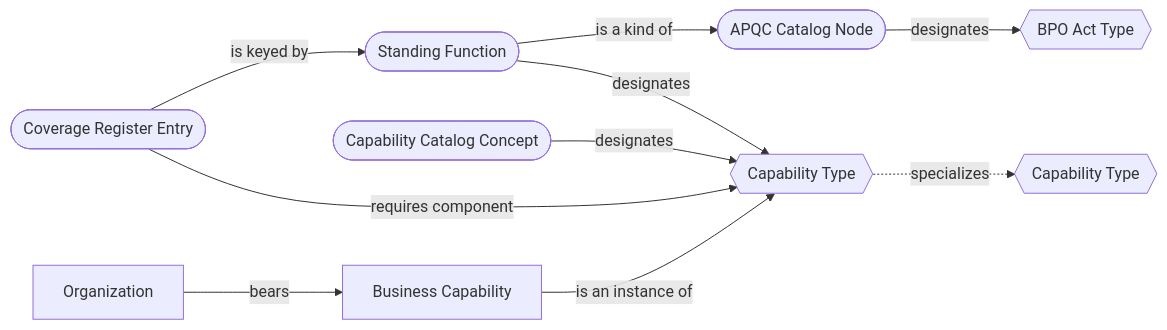
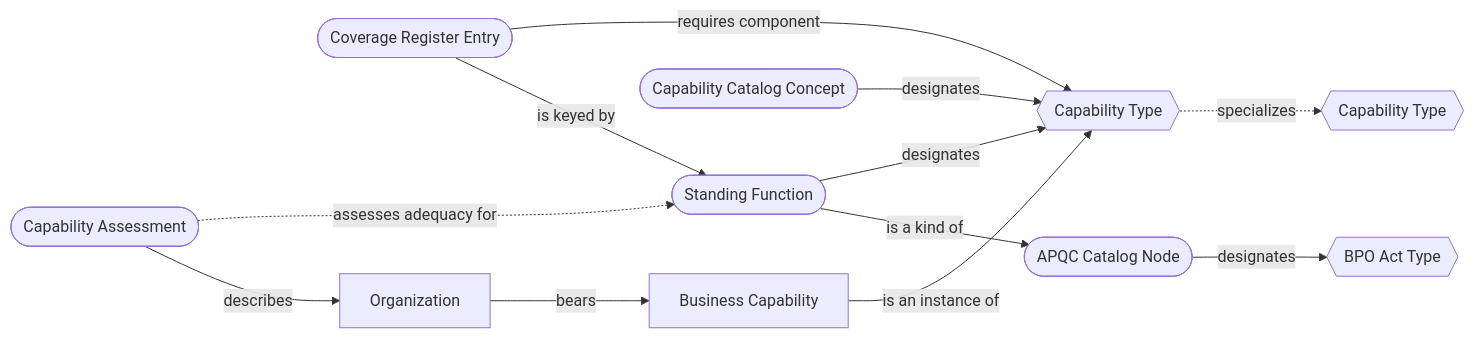
One commit to Skreen5hot/Business-and-Agent-Capabilities-Ontology changed the sixth of 6 diagrams in src/02_conceptual_models/CM-01-business-capability.md. Above: the diagram before and after it, drawn with Mermaid. The commit also changed other lines of this file and 5 other files, not shown here.

````diff
--- a/src/02_conceptual_models/CM-01-business-capability.md
+++ b/src/02_conceptual_models/CM-01-business-capability.md
@@ -392,21 +407,24 @@
 ```mermaid
 flowchart LR
   ACN(["APQC Catalog Node"])
   SF(["Standing Function"])
   CCC(["Capability Catalog Concept"])
   CRE(["Coverage Register Entry"])
   CT{{"Capability Type"}}
   CTB{{"Capability Type"}}
   BAT{{"BPO Act Type"}}
   ORG["Organization"]
   BC["Business Capability"]
+  CA(["Capability Assessment"])
   SF -->|is a kind of| ACN
   ACN -->|designates| BAT
   SF -->|designates| CT
   CCC -->|designates| CT
   CRE -->|is keyed by| SF
   CRE -->|requires component| CT
   CT -.->|specializes| CTB
   ORG -->|bears| BC
   BC -->|is an instance of| CT
+  CA -->|describes| ORG
+  CA -.->|assesses adequacy for| SF
 ```
````
